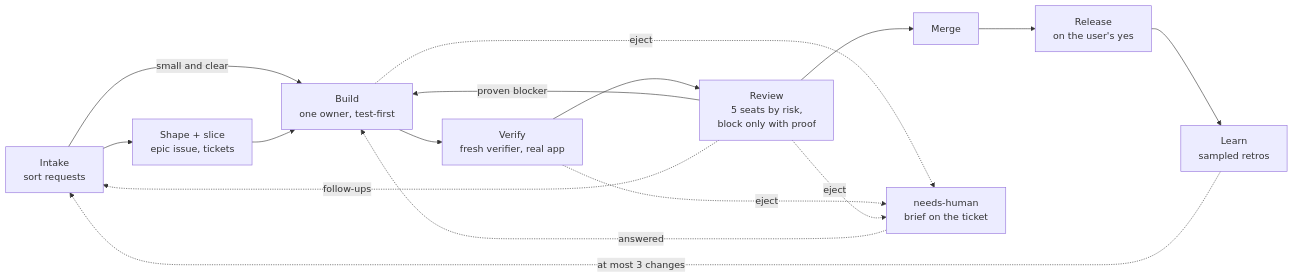
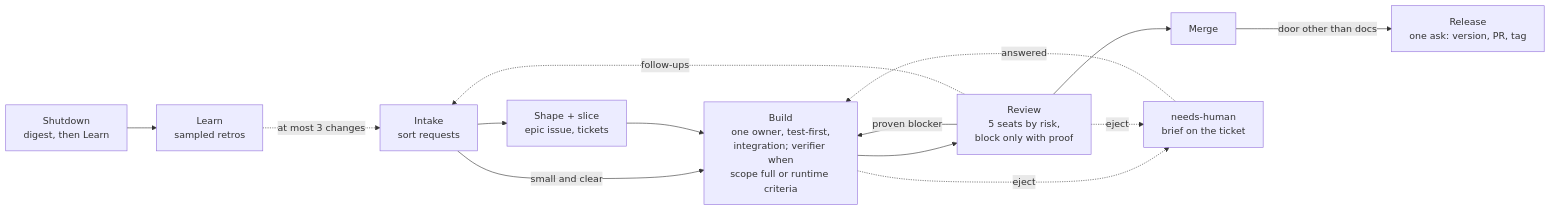
One commit to Sherlock64/zeni changed the second of 5 diagrams in docs/workflow.md. Above: the diagram before and after it, drawn with Mermaid. The commit also changed other lines of this file and 23 other files, not shown here.

Commit message:
#208: guides: verifier inside Build, Merge rule 7, evidence branch, run log helper, models per row, dispatcher model check, digest then Learn at shutdown, one Release ask, quoted Shape yes

````diff
--- a/docs/workflow.md
+++ b/docs/workflow.md
@@ -22,16 +22,15 @@
 ```mermaid
 flowchart LR
   IN["Intake<br/>sort requests"] --> SH["Shape + slice<br/>epic issue, tickets"]
   IN -- "small and clear" --> BU
-  SH --> BU["Build<br/>one owner, test-first"]
-  BU --> VE["Verify<br/>fresh verifier, real app"]
-  VE --> RV["Review<br/>5 seats by risk,<br/>block only with proof"]
+  SH --> BU["Build<br/>one owner, test-first,<br/>integration; verifier when<br/>scope full or runtime criteria"]
+  BU --> RV["Review<br/>5 seats by risk,<br/>block only with proof"]
   RV -- "proven blocker" --> BU
   RV --> ME["Merge"]
-  ME --> RE["Release<br/>on the user's yes"]
-  RE --> LE["Learn<br/>sampled retros"]
+  ME -- "door other than docs" --> RE["Release<br/>one ask: version, PR, tag"]
+  SD["Shutdown<br/>digest, then Learn"] --> LE["Learn<br/>sampled retros"]
   LE -. "at most 3 changes" .-> IN
   RV -. "follow-ups" .-> IN
-  BU & VE & RV -. "eject" .-> NH["needs-human<br/>brief on the ticket"]
+  BU & RV -. "eject" .-> NH["needs-human<br/>brief on the ticket"]
   NH -. "answered" .-> BU
 ```
````
